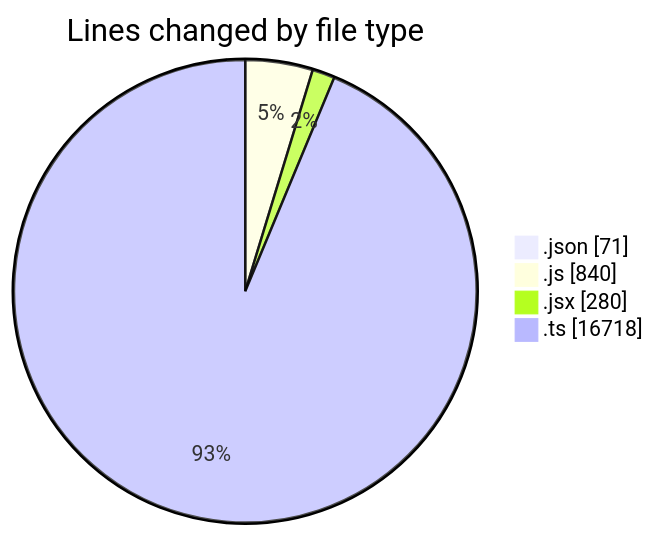
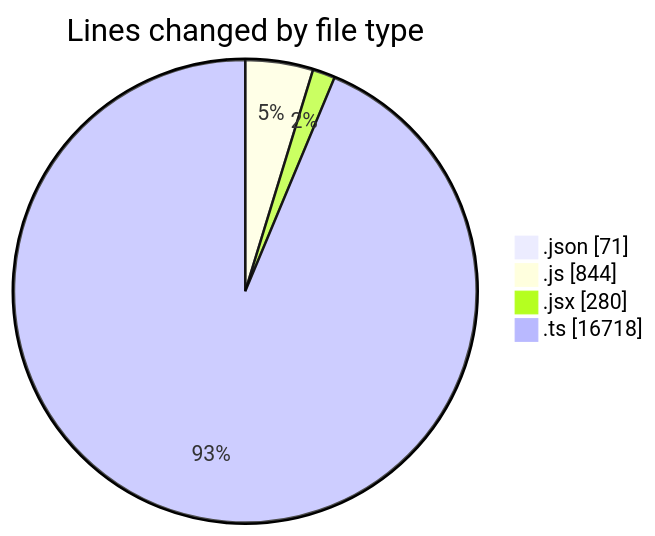
Before and after one commit to momahboobian/code-tracking: the first of 2 diagrams in 2025-05-13/cda/README.md, drawn with Mermaid. The commit also changed other lines of this file and 1 other file, not shown here.

````diff
--- a/2025-05-13/cda/README.md
+++ b/2025-05-13/cda/README.md
@@ -30,8 +30,8 @@
 ```mermaid
 pie showData
 title Lines changed by file type
 ".json" : 71
-".js" : 840
+".js" : 844
 ".jsx" : 280
 ".ts" : 16718
 ```
````
